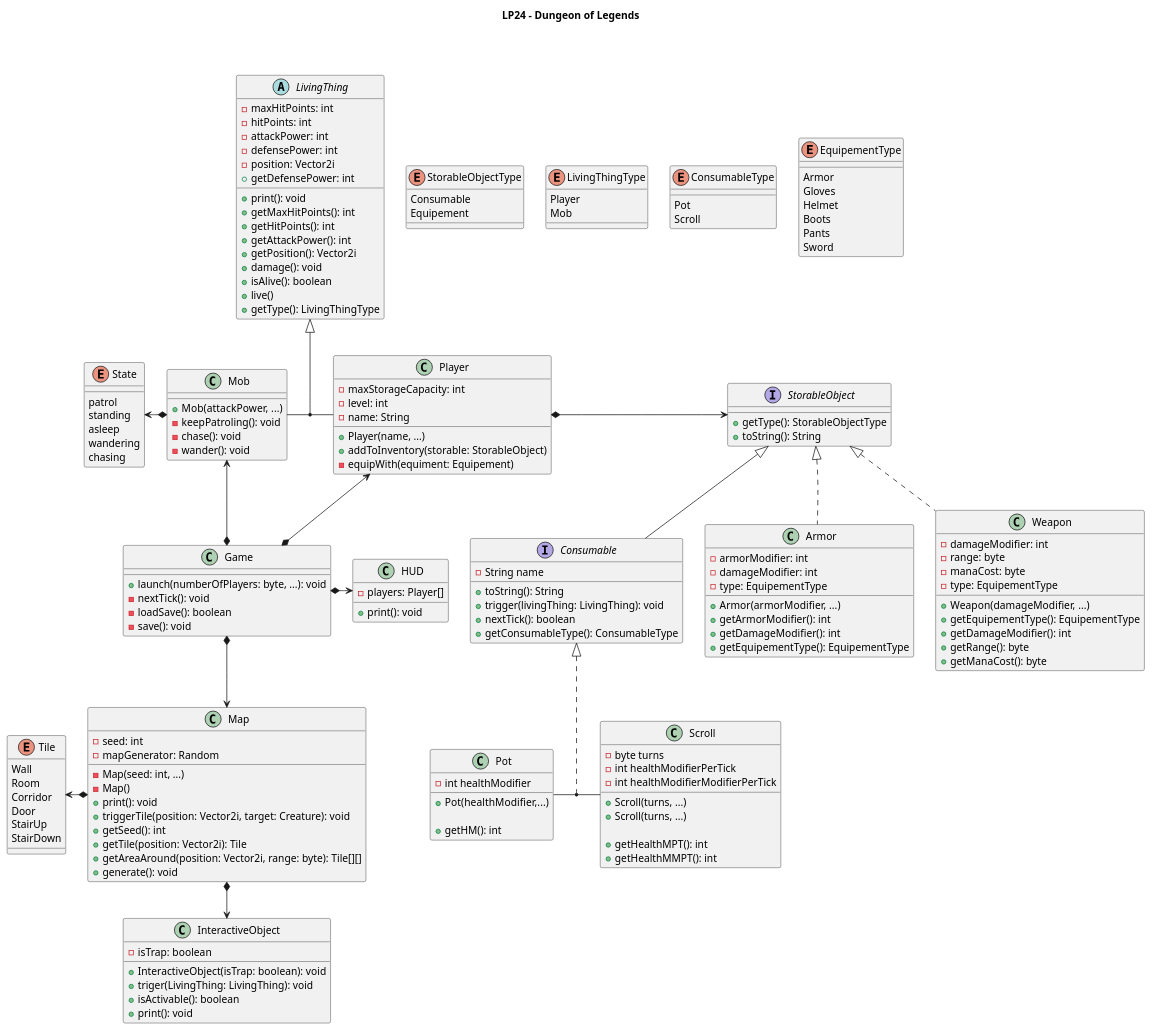
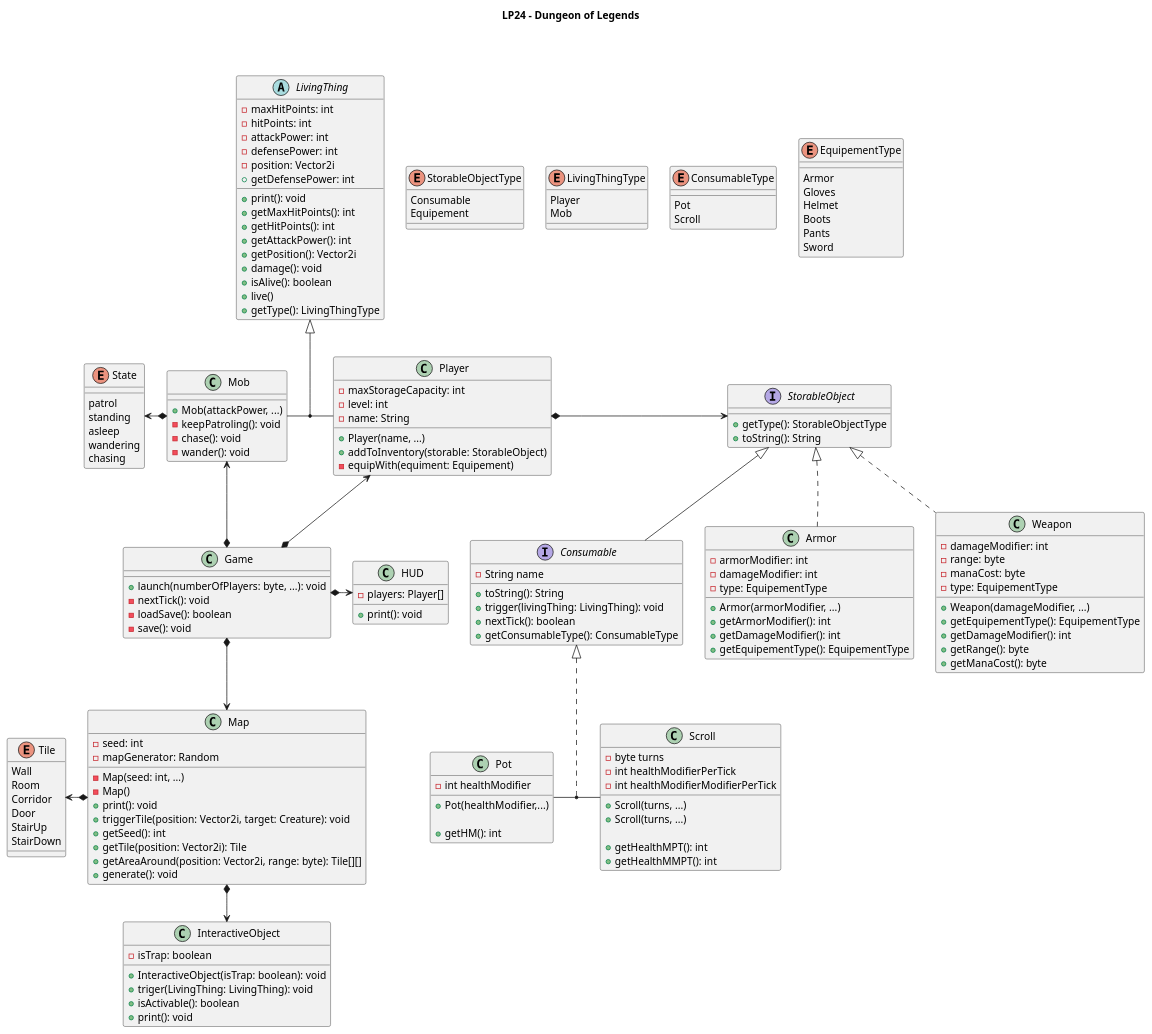
Before and after one commit to TiWinDeTea/Raoul-the-Game: the diagram in diagram.puml, drawn with PlantUML.

```diff
--- a/diagram.puml
+++ b/diagram.puml
@@ -3,7 +3,7 @@
 title LP24 - Dungeon of Legends
 skinparam {
     nodesep 30
-    ranksep 50
+    ranksep 51
 }
 
 enum ConsumableType{
```
